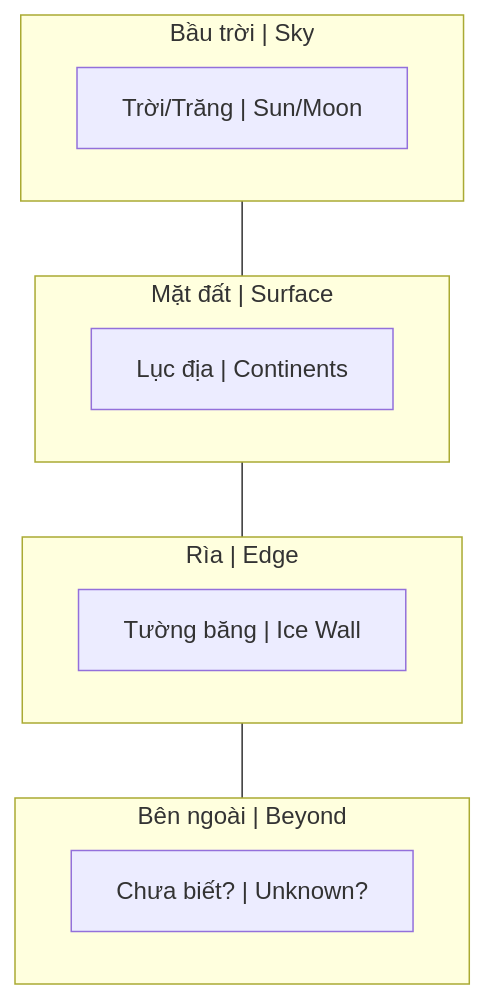
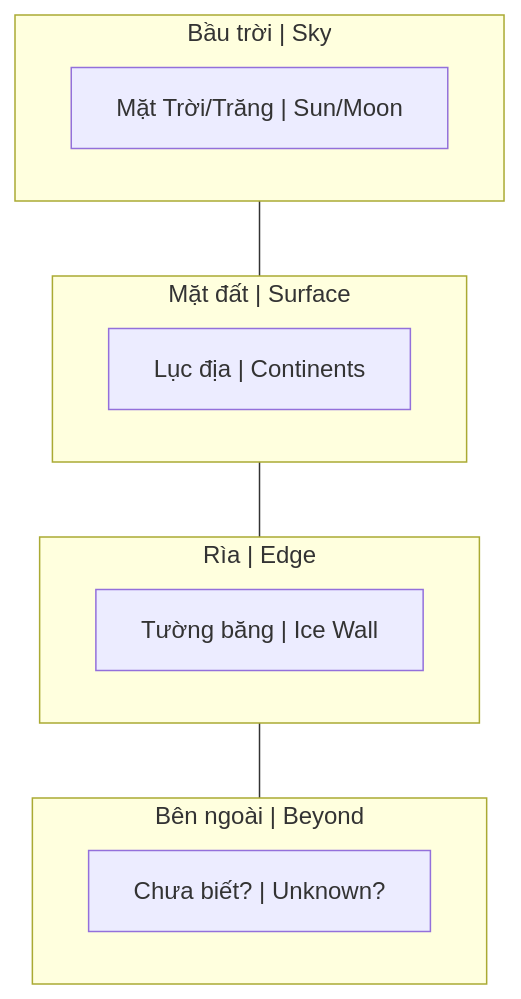
Before and after one commit to dyukahi/knowledge: the diagram in politics-conspiracy/Bức Tường Băng.md, drawn with Mermaid. The commit also changed other lines of this file and 3 other files, not shown here.

````diff
--- a/politics-conspiracy/Bức Tường Băng.md
+++ b/politics-conspiracy/Bức Tường Băng.md
@@ -24,20 +24,20 @@
 ```mermaid
 flowchart TB
     subgraph Sky["Bầu trời | Sky"]
-        Sun["Trời/Trăng | Sun/Moon"]
+        Sun["Mặt Trời/Trăng | Sun/Moon"]
     end
     
     subgraph Surface["Mặt đất | Surface"]
         Land["Lục địa | Continents"]
     end
     
     subgraph Edge["Rìa | Edge"]
         Ice["Tường băng | Ice Wall"]
     end
     
     subgraph Beyond["Bên ngoài | Beyond"]
         Unknown["Chưa biết? | Unknown?"]
     end
     
     Sky --- Surface --- Edge --- Beyond
 ```
````
